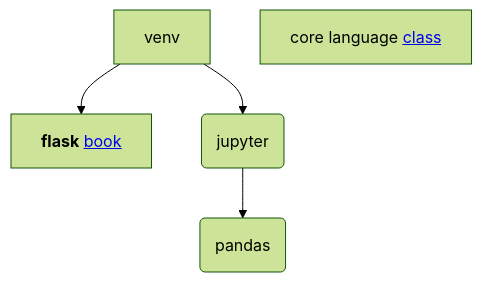
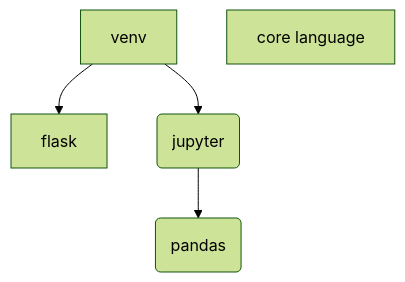
One commit to SGo-Go/learning changed the diagram in docs/programming/python/README.md. Above: the diagram before and after it, drawn with Mermaid (forest theme).

Commit message:
Remove links from mermaid

````diff
--- a/docs/programming/python/README.md
+++ b/docs/programming/python/README.md
@@ -7,8 +7,8 @@
 ```mermaid
 flowchart TD
 
-A0[venv] --> B0[<b>flask</b> <u><a href="https://coddyschool.com/upload/Flask_Web_Development_Developing.pdf">book</a></u>]
+A0[venv] --> B0[flask]
 A0 --> A1(jupyter)
 A1 --> C(pandas)
-B1[core language <u><a href="https://compscicenter.ru/courses/python/2018-autumn/classes/">class</a></u>]
+B1[core language]
 ```
````
